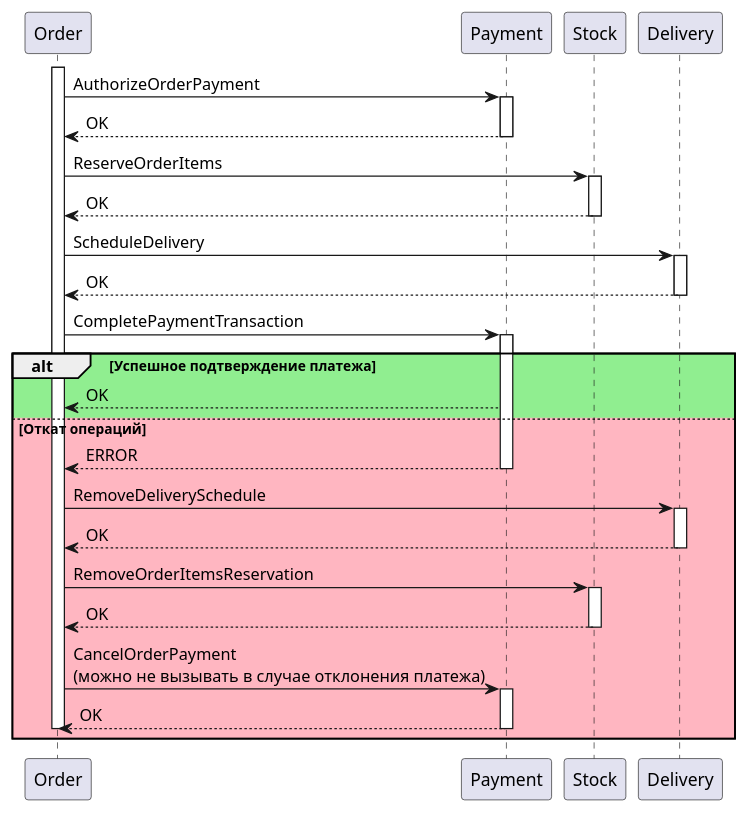
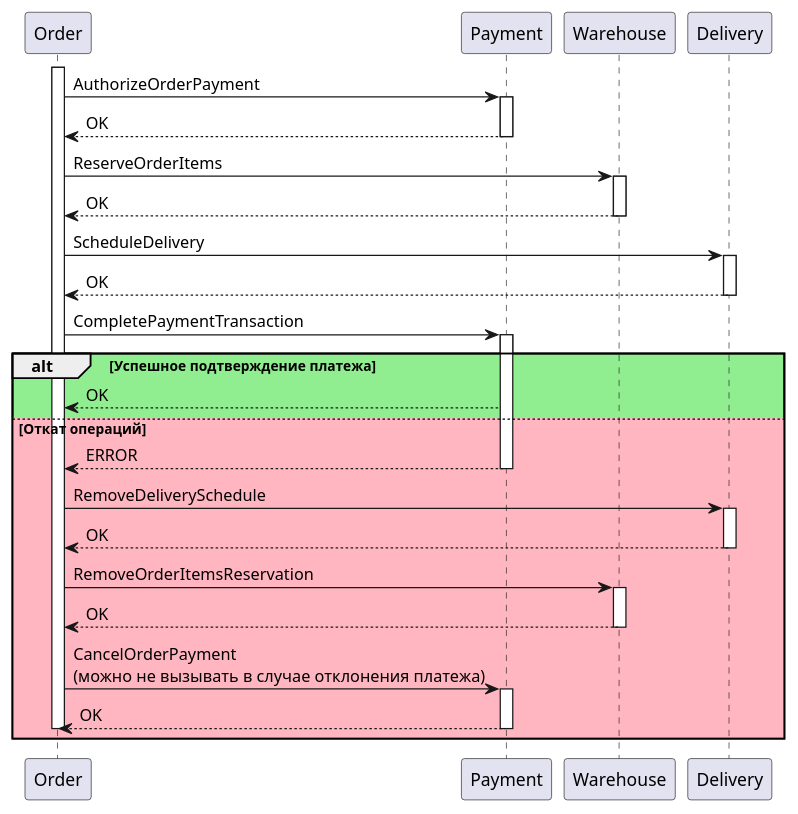
One commit to klwxsrx/arch-course-labs changed the diagram in 09-saga/docs/purchase.puml. Above: the diagram before and after it, drawn with PlantUML. The commit also changed 19 other files, not shown here.

```diff
--- a/09-saga/docs/purchase.puml
+++ b/09-saga/docs/purchase.puml
@@ -1,56 +1,56 @@
 @startuml
 
 activate Order
 
 Order -> Payment: AuthorizeOrderPayment
 activate Payment
 
 Order <-- Payment: OK
 deactivate Payment
 
-Order -> Stock: ReserveOrderItems
-activate Stock
+Order -> Warehouse: ReserveOrderItems
+activate Warehouse
 
-Order <-- Stock: OK
-deactivate Stock
+Order <-- Warehouse: OK
+deactivate Warehouse
 
 Order -> Delivery: ScheduleDelivery
 activate Delivery
 
 Order <-- Delivery: OK
 deactivate Delivery
 
 Order -> Payment: CompletePaymentTransaction
 activate Payment
 
 alt #lightgreen Успешное подтверждение платежа
 
 Order <-- Payment: OK
 
 else #lightpink Откат операций
 
 Order <-- Payment: ERROR
 deactivate Payment
 
 Order -> Delivery: RemoveDeliverySchedule
 activate Delivery
 
 Order <-- Delivery: OK
 deactivate Delivery
 
-Order -> Stock: RemoveOrderItemsReservation
-activate Stock
+Order -> Warehouse: RemoveOrderItemsReservation
+activate Warehouse
 
-Order <-- Stock: OK
-deactivate Stock
+Order <-- Warehouse: OK
+deactivate Warehouse
 
 Order -> Payment: CancelOrderPayment\n(можно не вызывать в случае отклонения платежа)
 activate Payment
 
 Order <-- Payment: OK
 deactivate Payment
 deactivate Order
 
 end
 
 @enduml
```
